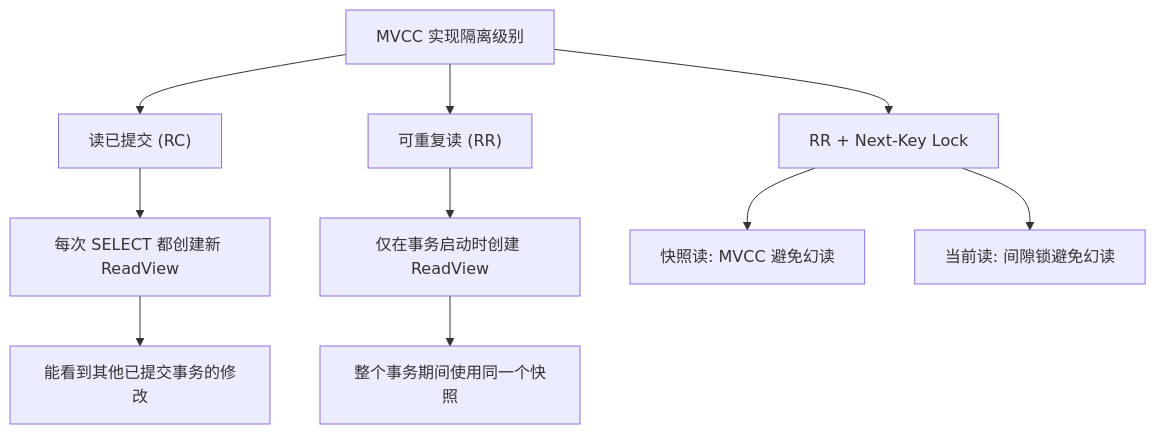
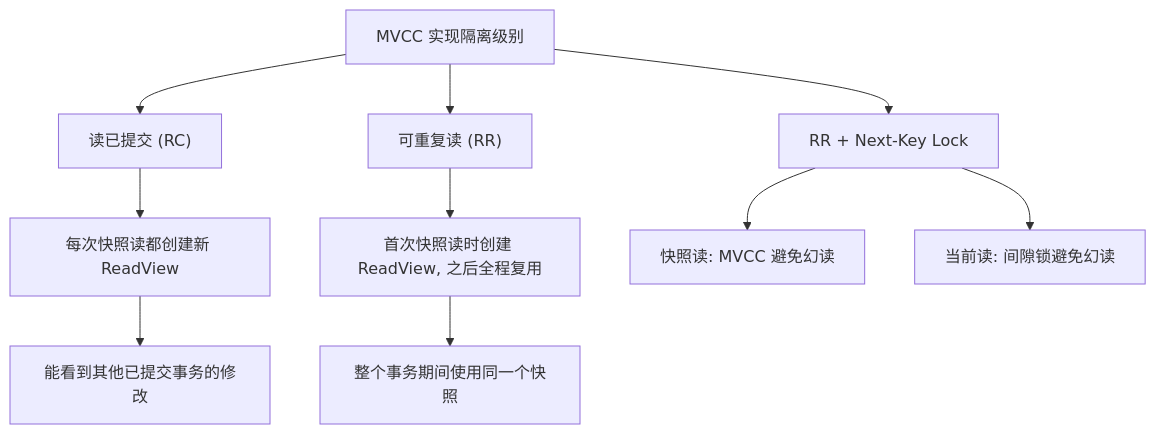
Before and after one commit to dunwu/waterdrop: the fourth of 6 diagrams in docs/12.数据库/关系型数据库/MySQL/[MySQL]面试之事务和锁篇.md, drawn with Mermaid. The commit also changed other lines of this file and 73 other files, not shown here.

````diff
--- a/docs/12.数据库/关系型数据库/MySQL/[MySQL]面试之事务和锁篇.md
+++ b/docs/12.数据库/关系型数据库/MySQL/[MySQL]面试之事务和锁篇.md
@@ -497,12 +686,12 @@
 ```mermaid
 graph TB
     A["MVCC 实现隔离级别"] --> B["读已提交 (RC)"]
     A --> C["可重复读 (RR)"]
-    B --> B1["每次 SELECT 都创建新 ReadView"]
+    B --> B1["每次快照读都创建新 ReadView"]
     B1 --> B2["能看到其他已提交事务的修改"]
-    C --> C1["仅在事务启动时创建 ReadView"]
+    C --> C1["首次快照读时创建 ReadView, 之后全程复用"]
     C1 --> C2["整个事务期间使用同一个快照"]
     A --> D["RR + Next-Key Lock"]
     D --> D1["快照读: MVCC 避免幻读"]
     D --> D2["当前读: 间隙锁避免幻读"]
 ```
````
